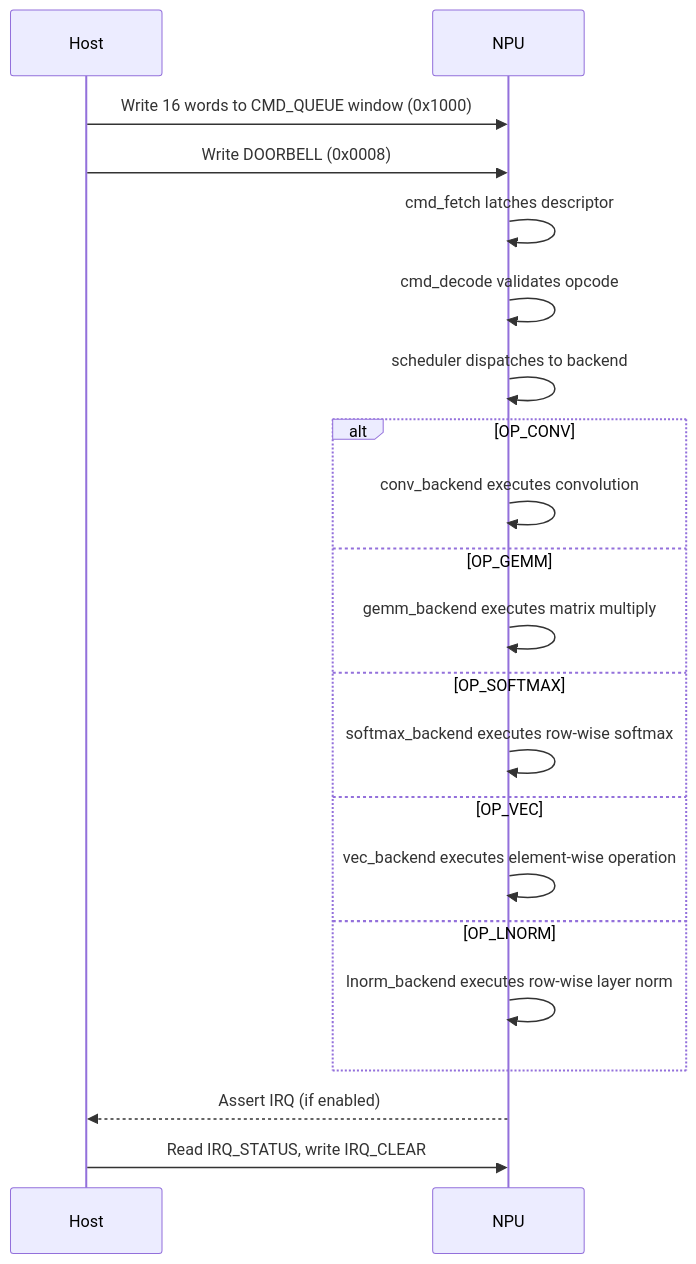
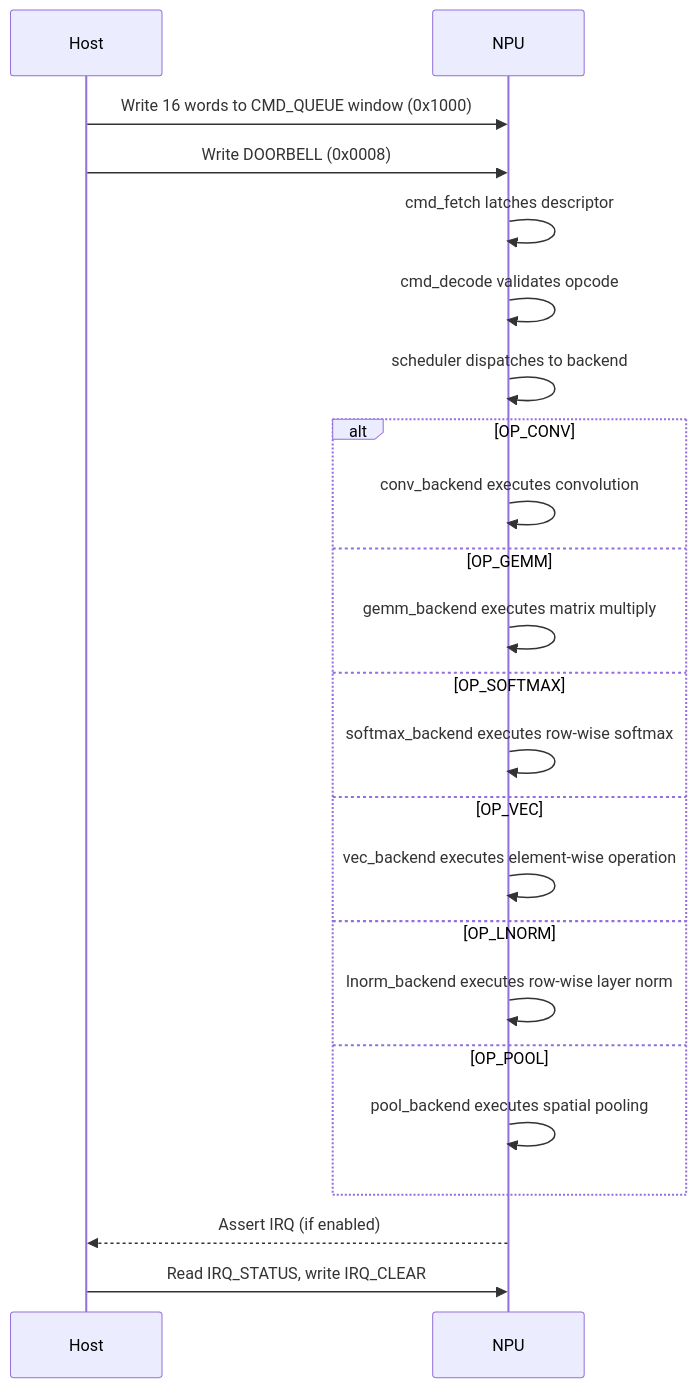
One commit to Arty3/lg-npu changed the diagram in docs/spec/command_format.md. Above: the diagram before and after it, drawn with Mermaid. The commit also changed other lines of this file and 11 other files, not shown here.

Commit message:
Added pooling backend

````diff
--- a/docs/spec/command_format.md
+++ b/docs/spec/command_format.md
@@ -158,23 +199,25 @@
 ```mermaid
 sequenceDiagram
     participant Host
     participant NPU
     Host->>NPU: Write 16 words to CMD_QUEUE window (0x1000)
     Host->>NPU: Write DOORBELL (0x0008)
     NPU->>NPU: cmd_fetch latches descriptor
     NPU->>NPU: cmd_decode validates opcode
     NPU->>NPU: scheduler dispatches to backend
     alt OP_CONV
         NPU->>NPU: conv_backend executes convolution
     else OP_GEMM
         NPU->>NPU: gemm_backend executes matrix multiply
     else OP_SOFTMAX
         NPU->>NPU: softmax_backend executes row-wise softmax
     else OP_VEC
         NPU->>NPU: vec_backend executes element-wise operation
     else OP_LNORM
         NPU->>NPU: lnorm_backend executes row-wise layer norm
+    else OP_POOL
+        NPU->>NPU: pool_backend executes spatial pooling
     end
     NPU-->>Host: Assert IRQ (if enabled)
     Host->>NPU: Read IRQ_STATUS, write IRQ_CLEAR
 ```
````
